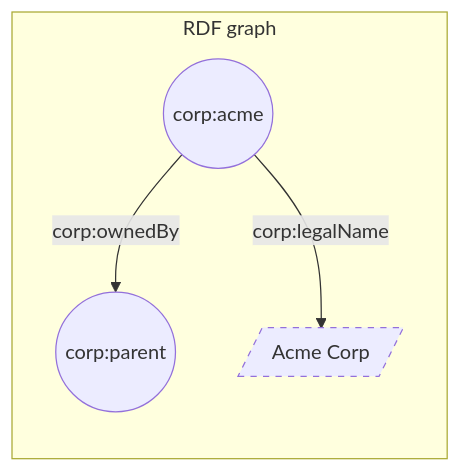
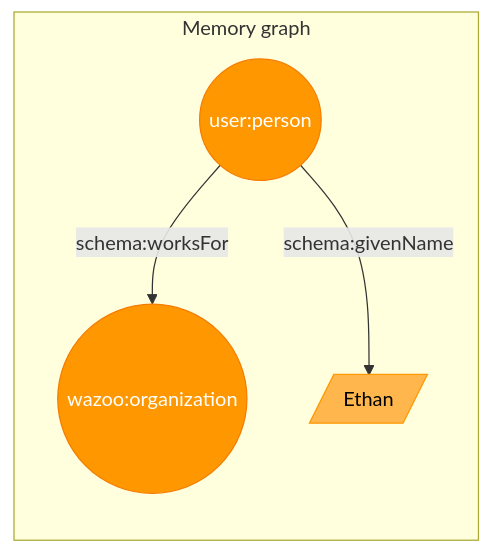
The third of 3 diagrams in packages/docs/worlds/index.mdx (wazootech/worlds), drawn with Mermaid before and after one commit. The commit also changed other lines of this file and 11 other files, not shown here.

````diff
--- a/packages/docs/worlds/index.mdx
+++ b/packages/docs/worlds/index.mdx
@@ -101,8 +103,10 @@
 ```mermaid
 graph LR
-    subgraph "RDF graph"
-    A((corp:acme)) -->|corp:ownedBy| B((corp:parent))
-    A -->|corp:legalName| C[/"Acme Corp"/]
+    subgraph "Memory graph"
+    A((user:person)) -->|schema:worksFor| B((wazoo:organization))
+    A -->|schema:givenName| C[/"Ethan"/]
     end
-    style C stroke-dasharray: 5 5
+    style A fill:#FF9800,stroke:#F57C00,color:#fff
+    style B fill:#FF9800,stroke:#F57C00,color:#fff
+    style C fill:#FFB74D,stroke:#FF9800,color:#000
 ```
````
